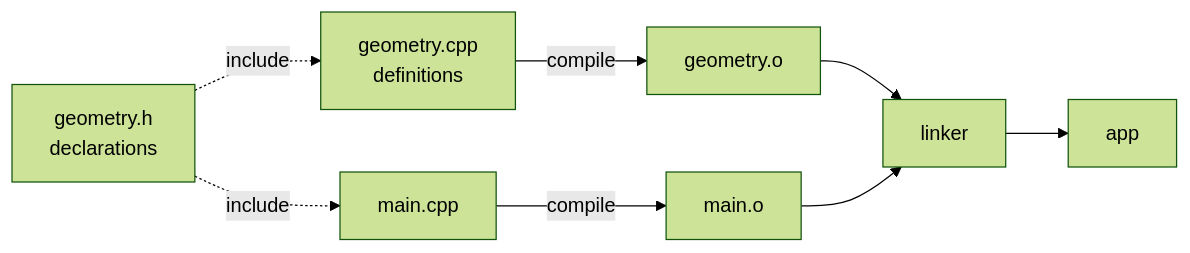
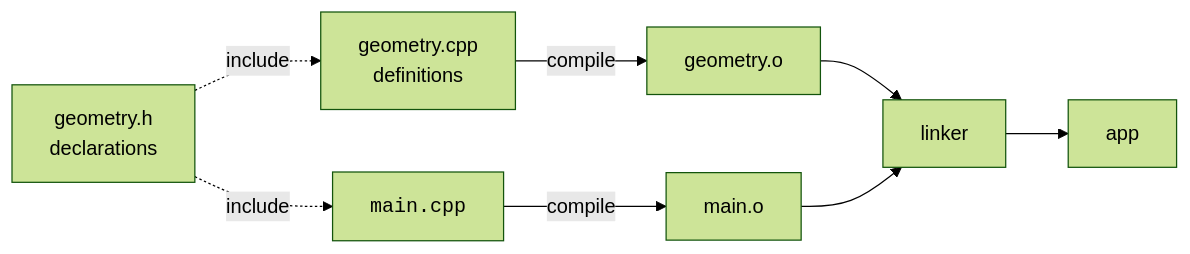
The diagram in content/learn/from-zero-to-cpp/building-maintainable-software.mdx (dataslope/dataslope), drawn with Mermaid (forest theme) before and after one commit. The commit also changed 153 other files, not shown here.

First line of the commit message:
Render code-only mermaid shapes in monospace; convert step sequences to Steps

````diff
--- a/content/learn/from-zero-to-cpp/building-maintainable-software.mdx
+++ b/content/learn/from-zero-to-cpp/building-maintainable-software.mdx
@@ -50,12 +50,12 @@
 ```mermaid
 flowchart LR
     H1[geometry.h<br/>declarations]
     C1[geometry.cpp<br/>definitions]
-    M[main.cpp]
+    M["<code>main.cpp</code>"]
     H1 -. include .-> M
     H1 -. include .-> C1
     C1 -- compile --> O1[geometry.o]
     M  -- compile --> OM[main.o]
     O1 --> L[linker] --> APP[app]
     OM --> L
 ```
````
